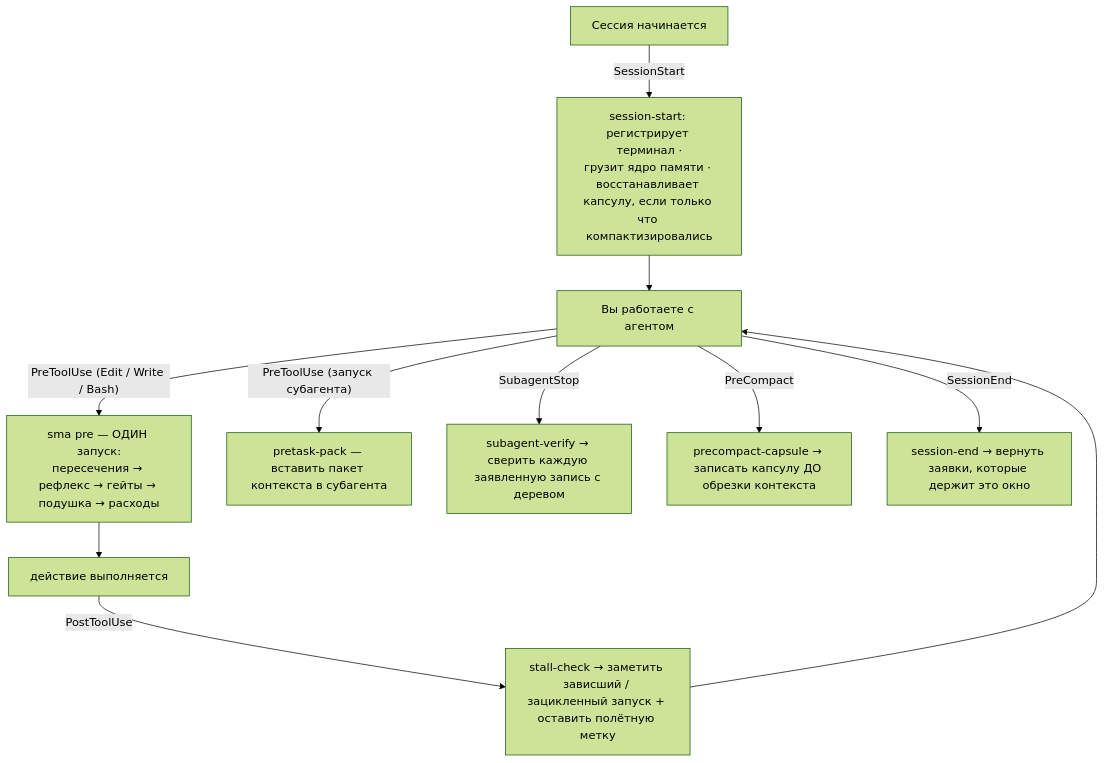
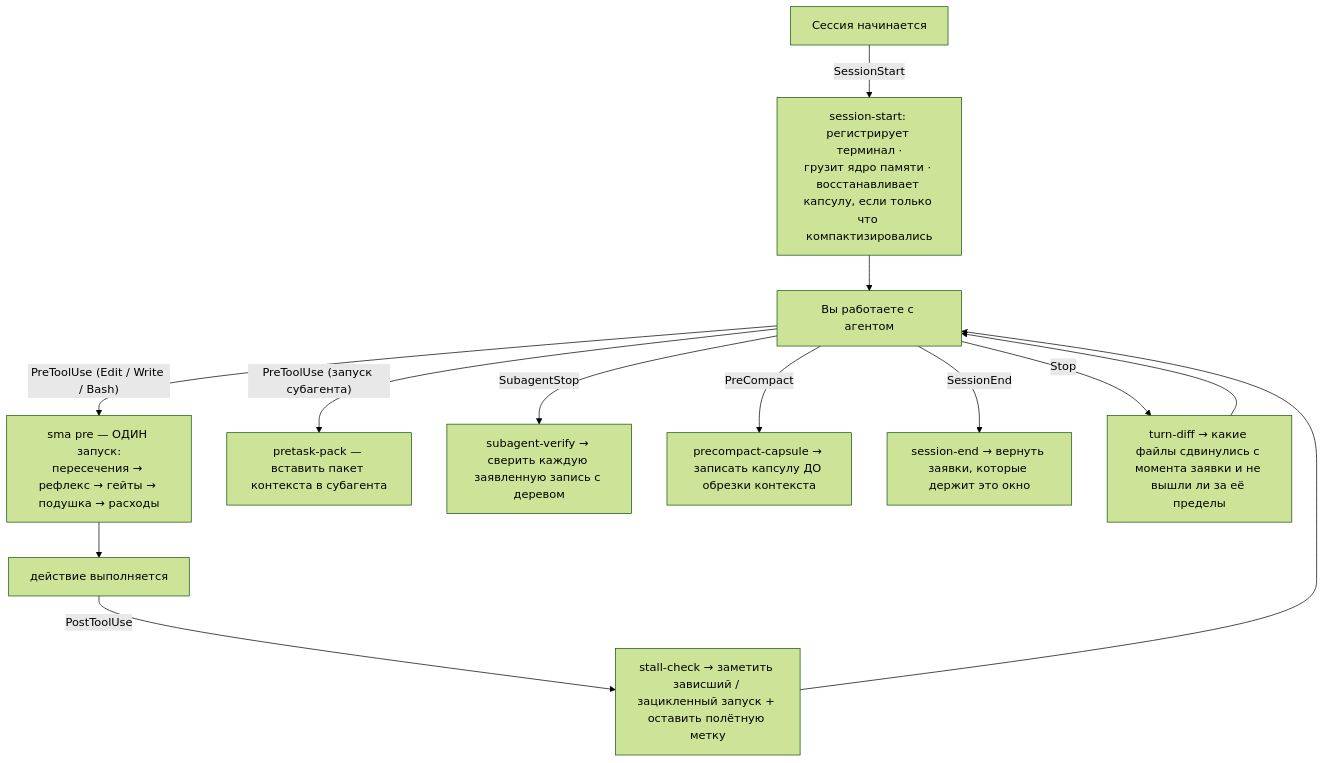
The fourth of 24 diagrams in docs/DETAILS.ru.md (sma-framework/sma), drawn with Mermaid (forest theme) before and after one commit. The commit also changed other lines of this file and 12 other files, not shown here.

First line of the commit message:
feat(hooks): the diff verdict reaches the window at the boundary of every turn

````diff
--- a/docs/DETAILS.ru.md
+++ b/docs/DETAILS.ru.md
@@ -370,13 +370,15 @@
 ```mermaid
 flowchart TD
     S["Сессия начинается"] -->|SessionStart| S1["session-start: регистрирует терминал ·<br>грузит ядро памяти · восстанавливает капсулу, если только что компактизировались"]
     S1 --> W["Вы работаете с агентом"]
     W -->|"PreToolUse (Edit / Write / Bash)"| P1["sma pre — ОДИН запуск:<br>пересечения → рефлекс → гейты → подушка → расходы"]
     P1 --> ACT["действие выполняется"]
     W -->|"PreToolUse (запуск субагента)"| PT["pretask-pack — вставить пакет контекста в субагента"]
     ACT -->|PostToolUse| PO["stall-check → заметить зависший / зацикленный запуск + оставить полётную метку"]
     W -->|SubagentStop| SV["subagent-verify → сверить каждую заявленную запись с деревом"]
     W -->|PreCompact| PC["precompact-capsule → записать капсулу ДО обрезки контекста"]
     W -->|SessionEnd| SE["session-end → вернуть заявки, которые держит это окно"]
+    W -->|Stop| TD["turn-diff → какие файлы сдвинулись с момента заявки и не вышли ли за её пределы"]
+    TD --> W
     PO --> W
 ```
````
